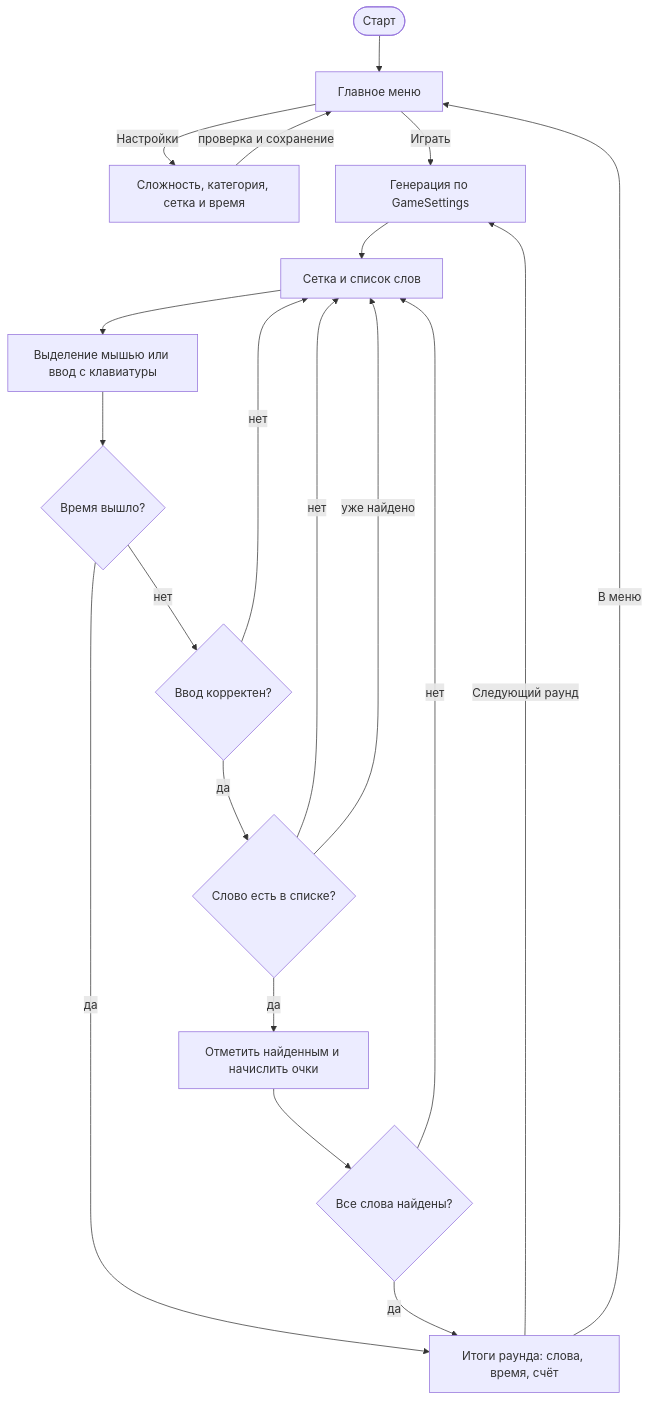
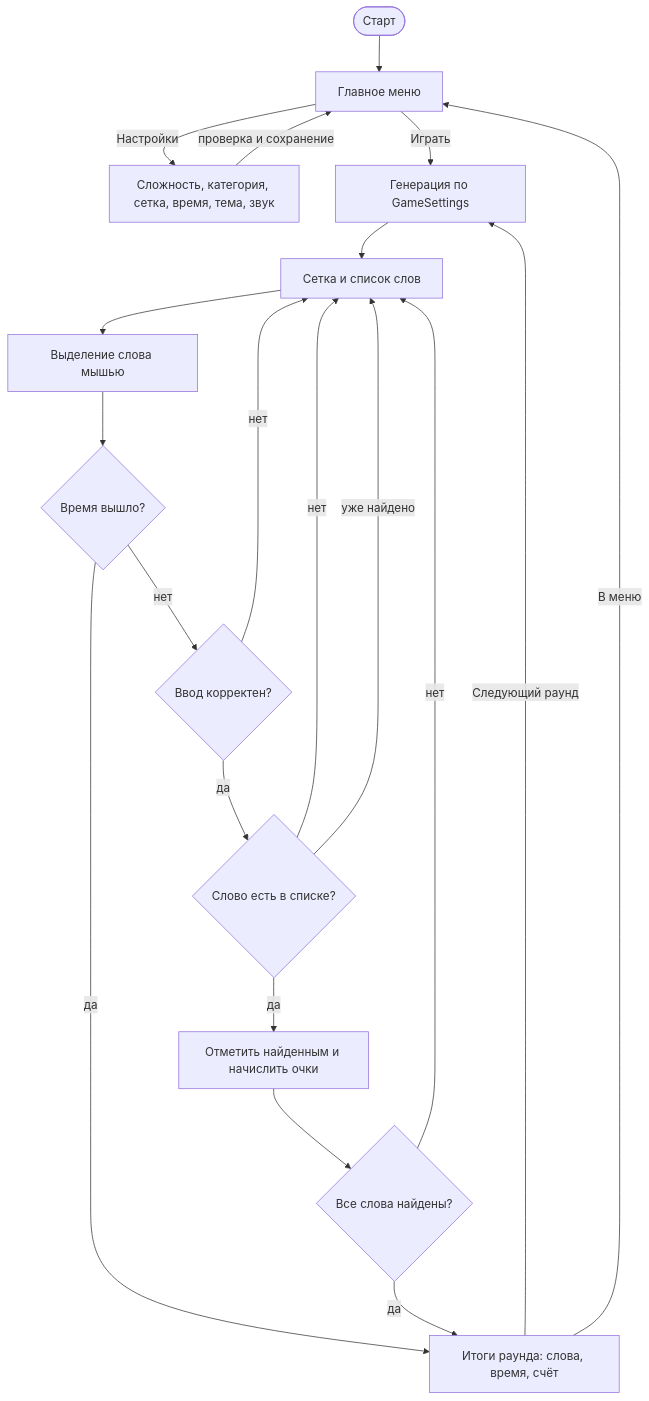
The second of 4 diagrams in zaeso-Words-Roadmap.md (zaeso/zaeso-Words), drawn with Mermaid before and after one commit. The commit also changed other lines of this file, not shown here.

````diff
--- a/zaeso-Words-Roadmap.md
+++ b/zaeso-Words-Roadmap.md
@@ -203,22 +217,22 @@
 ```mermaid
 flowchart TD
     S(["Старт"]) --> MENU["Главное меню"]
-    MENU -->|"Настройки"| SET["Сложность, категория, сетка и время"]
+    MENU -->|"Настройки"| SET["Сложность, категория, сетка, время, тема, звук"]
     SET -->|"проверка и сохранение"| MENU
     MENU -->|"Играть"| GEN["Генерация по GameSettings"]
     GEN --> SHOW["Сетка и список слов"]
-    SHOW --> INPUT["Выделение мышью или ввод с клавиатуры"]
+    SHOW --> INPUT["Выделение слова мышью"]
     INPUT --> TIME{"Время вышло?"}
     TIME -->|"да"| RESULT["Итоги раунда: слова, время, счёт"]
     TIME -->|"нет"| VALID{"Ввод корректен?"}
     VALID -->|"нет"| SHOW
     VALID -->|"да"| CHECK{"Слово есть в списке?"}
     CHECK -->|"нет"| SHOW
     CHECK -->|"уже найдено"| SHOW
     CHECK -->|"да"| MARK["Отметить найденным и начислить очки"]
     MARK --> DONE{"Все слова найдены?"}
     DONE -->|"нет"| SHOW
     DONE -->|"да"| RESULT
     RESULT -->|"Следующий раунд"| GEN
     RESULT -->|"В меню"| MENU
 ```
````
